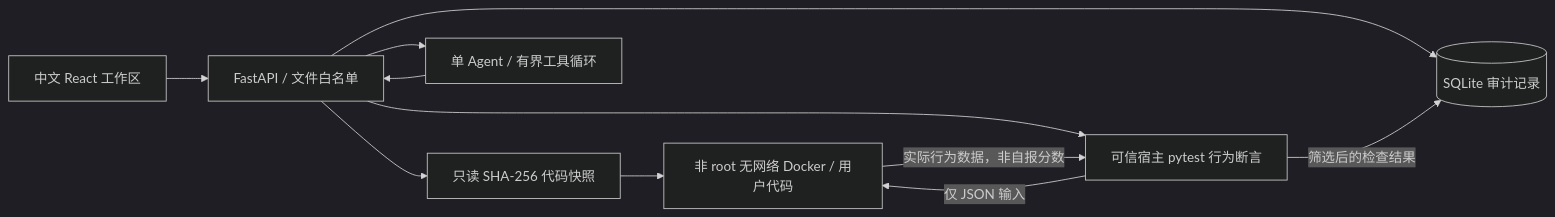
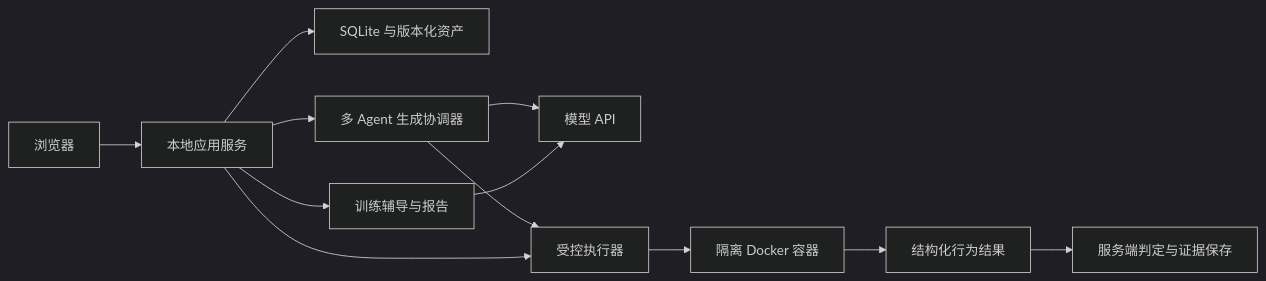
The diagram in ARCHITECTURE.md (Vonllya/AgentLab), drawn with Mermaid (dark theme) before and after one commit. The commit also changed other lines of this file and 48 other files, not shown here.

````diff
--- a/ARCHITECTURE.md
+++ b/ARCHITECTURE.md
@@ -77,13 +17,14 @@
 ```mermaid
 flowchart LR
-  UI[中文 React 工作区] --> API[FastAPI / 文件白名单]
-  API --> DB[(SQLite 审计记录)]
-  API --> SNAP[只读 SHA-256 代码快照]
-  API --> AGENT[单 Agent / 有界工具循环]
-  AGENT --> API
-  API --> PYTEST[可信宿主 pytest 行为断言]
-  SNAP --> DOCKER[非 root 无网络 Docker / 用户代码]
-  PYTEST -->|仅 JSON 输入| DOCKER
-  DOCKER -->|实际行为数据，非自报分数| PYTEST
-  PYTEST -->|筛选后的检查结果| DB
+    UI[浏览器] --> API[本地应用服务]
+    API --> DB[SQLite 与版本化资产]
+    API --> GEN[多 Agent 生成协调器]
+    GEN --> MODEL[模型 API]
+    API --> CHAT[训练辅导与报告]
+    CHAT --> MODEL
+    GEN --> RUN[受控执行器]
+    API --> RUN
+    RUN --> DOCKER[隔离 Docker 容器]
+    DOCKER --> RESULT[结构化行为结果]
+    RESULT --> GRADE[服务端判定与证据保存]
 ```
````
